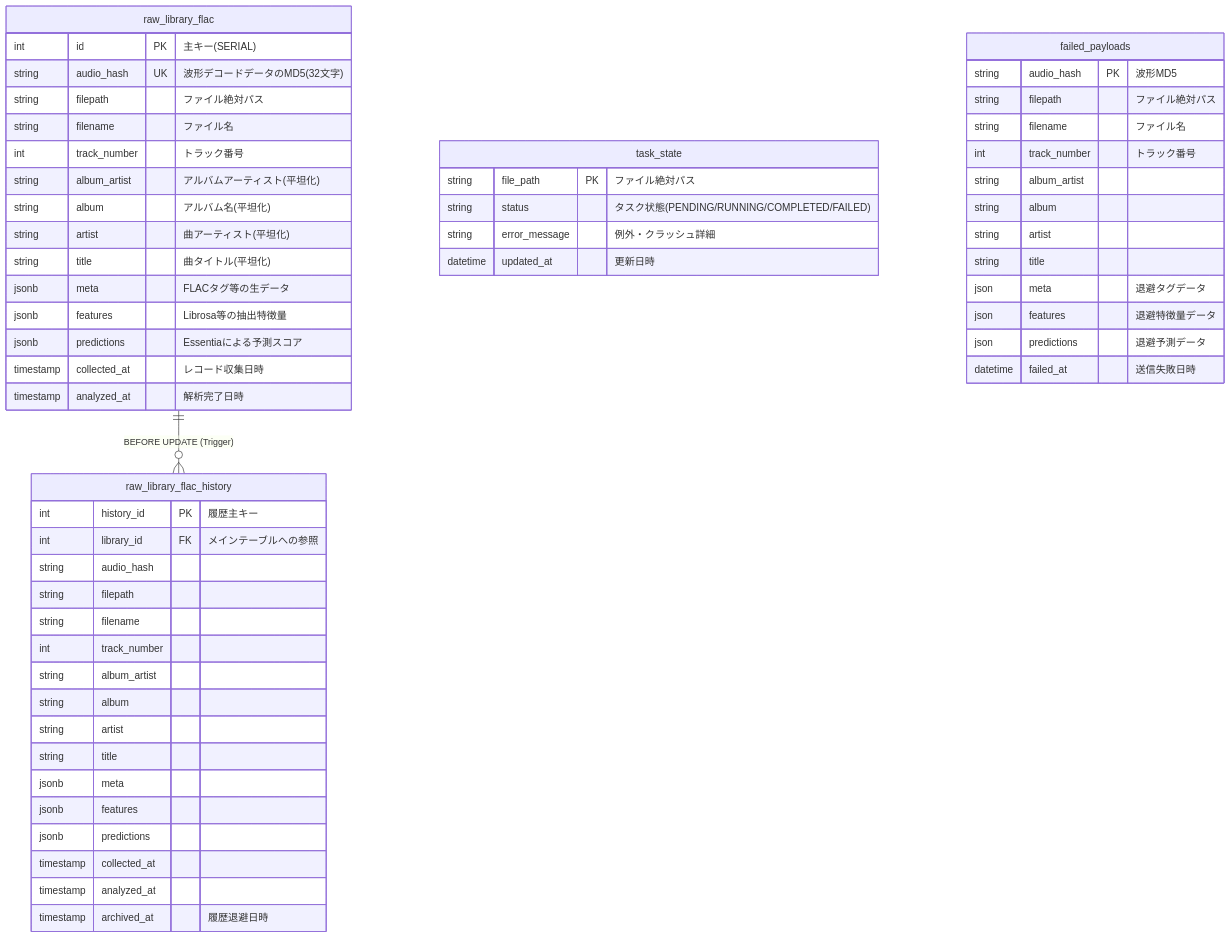
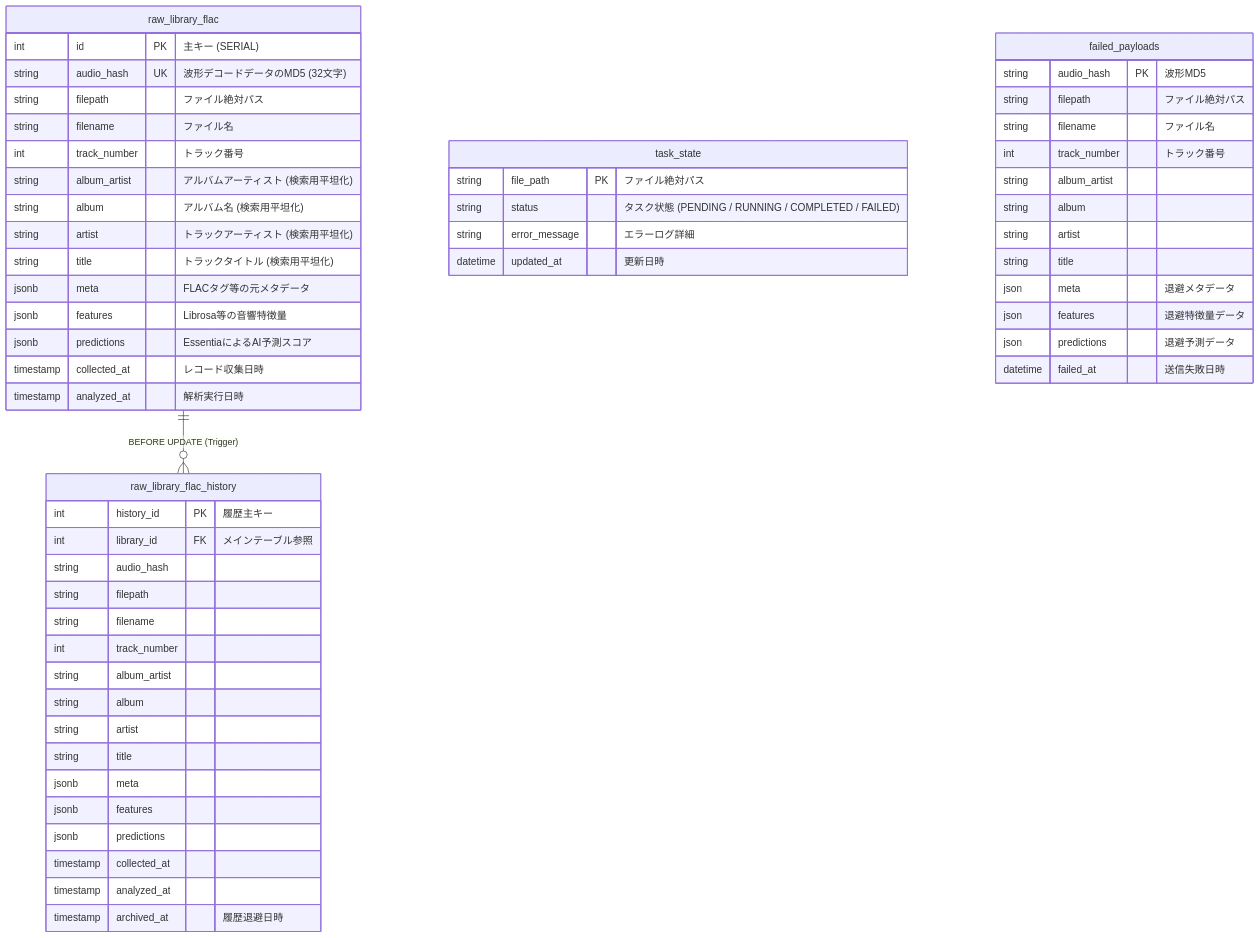
One commit to letwir/flac_analyzer_forwin changed the second of 4 diagrams in README.md. Above: the diagram before and after it, drawn with Mermaid. The commit also changed other lines of this file and 4 other files, not shown here.

````diff
--- a/README.md
+++ b/README.md
@@ -164,65 +157,65 @@
 ```mermaid
 erDiagram
     %% PostgreSQL Tables
     raw_library_flac ||--o{ raw_library_flac_history : "BEFORE UPDATE (Trigger)"
     
     raw_library_flac {
-        int id PK "主キー(SERIAL)"
-        string audio_hash UK "波形デコードデータのMD5(32文字)"
+        int id PK "主キー (SERIAL)"
+        string audio_hash UK "波形デコードデータのMD5 (32文字)"
         string filepath "ファイル絶対パス"
         string filename "ファイル名"
         int track_number "トラック番号"
-        string album_artist "アルバムアーティスト(平坦化)"
-        string album "アルバム名(平坦化)"
-        string artist "曲アーティスト(平坦化)"
-        string title "曲タイトル(平坦化)"
-        jsonb meta "FLACタグ等の生データ"
-        jsonb features "Librosa等の抽出特徴量"
-        jsonb predictions "Essentiaによる予測スコア"
+        string album_artist "アルバムアーティスト (検索用平坦化)"
+        string album "アルバム名 (検索用平坦化)"
+        string artist "トラックアーティスト (検索用平坦化)"
+        string title "トラックタイトル (検索用平坦化)"
+        jsonb meta "FLACタグ等の元メタデータ"
+        jsonb features "Librosa等の音響特徴量"
+        jsonb predictions "EssentiaによるAI予測スコア"
         timestamp collected_at "レコード収集日時"
-        timestamp analyzed_at "解析完了日時"
+        timestamp analyzed_at "解析実行日時"
     }
 
     raw_library_flac_history {
         int history_id PK "履歴主キー"
-        int library_id FK "メインテーブルへの参照"
+        int library_id FK "メインテーブル参照"
         string audio_hash
         string filepath
         string filename
         int track_number
         string album_artist
         string album
         string artist
         string title
         jsonb meta
         jsonb features
         jsonb predictions
         timestamp collected_at
         timestamp analyzed_at
         timestamp archived_at "履歴退避日時"
     }
 
     %% SQLite Tables (Orchestrator State: orchestrator.db)
     task_state {
         string file_path PK "ファイル絶対パス"
-        string status "タスク状態(PENDING/RUNNING/COMPLETED/FAILED)"
-        string error_message "例外・クラッシュ詳細"
+        string status "タスク状態 (PENDING / RUNNING / COMPLETED / FAILED)"
+        string error_message "エラーログ詳細"
         datetime updated_at "更新日時"
     }
 
     %% SQLite Tables (Dead Letter Queue: send_failed.db)
     failed_payloads {
         string audio_hash PK "波形MD5"
         string filepath "ファイル絶対パス"
         string filename "ファイル名"
         int track_number "トラック番号"
         string album_artist
         string album
         string artist
         string title
-        json meta "退避タグデータ"
+        json meta "退避メタデータ"
         json features "退避特徴量データ"
         json predictions "退避予測データ"
         datetime failed_at "送信失敗日時"
     }
 ```
````
